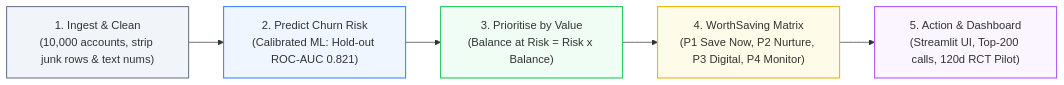
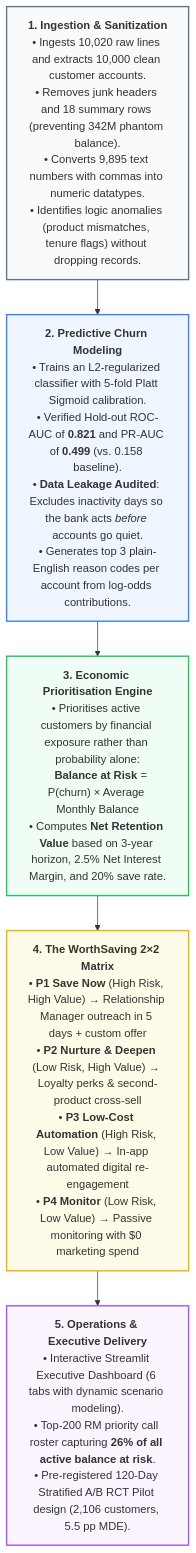
Before and after one commit to MonikaBuilds/RetainIQ: the diagram in README.md, drawn with Mermaid. The commit also changed other lines of this file, not shown here.

````diff
--- a/README.md
+++ b/README.md
@@ -35,13 +35,14 @@
 ```mermaid
-flowchart LR
-    A["1. Ingest & Clean<br/>(10,000 accounts, strip junk rows & text nums)"] --> B["2. Predict Churn Risk<br/>(Calibrated ML: Hold-out ROC-AUC 0.821)"]
-    B --> C["3. Prioritise by Value<br/>(Balance at Risk = Risk x Balance)"]
-    C --> D["4. WorthSaving Matrix<br/>(P1 Save Now, P2 Nurture, P3 Digital, P4 Monitor)"]
-    D --> E["5. Action & Dashboard<br/>(Streamlit UI, Top-200 calls, 120d RCT Pilot)"]
+flowchart TD
+    Step1["<b>1. Ingestion & Sanitization</b><br/>• Ingests 10,020 raw lines and extracts 10,000 clean customer accounts.<br/>• Removes junk headers and 18 summary rows (preventing 342M phantom balance).<br/>• Converts 9,895 text numbers with commas into numeric datatypes.<br/>• Identifies logic anomalies (product mismatches, tenure flags) without dropping records."]
+    --> Step2["<b>2. Predictive Churn Modeling</b><br/>• Trains an L2-regularized classifier with 5-fold Platt Sigmoid calibration.<br/>• Verified Hold-out ROC-AUC of <b>0.821</b> and PR-AUC of <b>0.499</b> (vs. 0.158 baseline).<br/>• <b>Data Leakage Audited</b>: Excludes inactivity days so the bank acts <i>before</i> accounts go quiet.<br/>• Generates top 3 plain-English reason codes per account from log-odds contributions."]
+    --> Step3["<b>3. Economic Prioritisation Engine</b><br/>• Prioritises active customers by financial exposure rather than probability alone:<br/>   <b>Balance at Risk</b> = P(churn) × Average Monthly Balance<br/>• Computes <b>Net Retention Value</b> based on 3-year horizon, 2.5% Net Interest Margin, and 20% save rate."]
+    --> Step4["<b>4. The WorthSaving 2×2 Matrix</b><br/>• <b>P1 Save Now</b> (High Risk, High Value) → Relationship Manager outreach in 5 days + custom offer<br/>• <b>P2 Nurture & Deepen</b> (Low Risk, High Value) → Loyalty perks & second-product cross-sell<br/>• <b>P3 Low-Cost Automation</b> (High Risk, Low Value) → In-app automated digital re-engagement<br/>• <b>P4 Monitor</b> (Low Risk, Low Value) → Passive monitoring with $0 marketing spend"]
+    --> Step5["<b>5. Operations & Executive Delivery</b><br/>• Interactive Streamlit Executive Dashboard (6 tabs with dynamic scenario modeling).<br/>• Top-200 RM priority call roster capturing <b>26% of all active balance at risk</b>.<br/>• Pre-registered 120-Day Stratified A/B RCT Pilot design (2,106 customers, 5.5 pp MDE)."]
 
-    style A fill:#f1f5f9,stroke:#64748b,stroke-width:1.5px
-    style B fill:#eff6ff,stroke:#3b82f6,stroke-width:1.5px
-    style C fill:#f0fdf4,stroke:#22c55e,stroke-width:1.5px
-    style D fill:#fefce8,stroke:#eab308,stroke-width:1.5px
-    style E fill:#faf5ff,stroke:#a855f7,stroke-width:1.5px
+    style Step1 fill:#f8fafc,stroke:#64748b,stroke-width:2px
+    style Step2 fill:#eff6ff,stroke:#3b82f6,stroke-width:2px
+    style Step3 fill:#f0fdf4,stroke:#22c55e,stroke-width:2px
+    style Step4 fill:#fefce8,stroke:#eab308,stroke-width:2px
+    style Step5 fill:#faf5ff,stroke:#a855f7,stroke-width:2px
 ```
````
